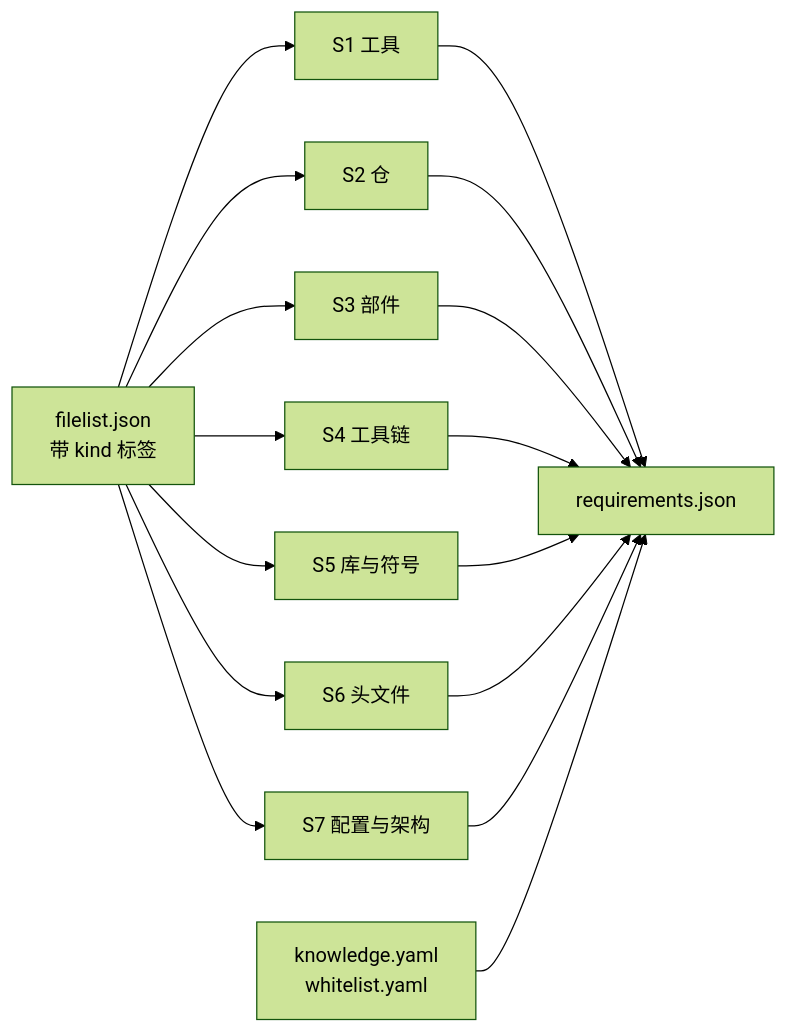
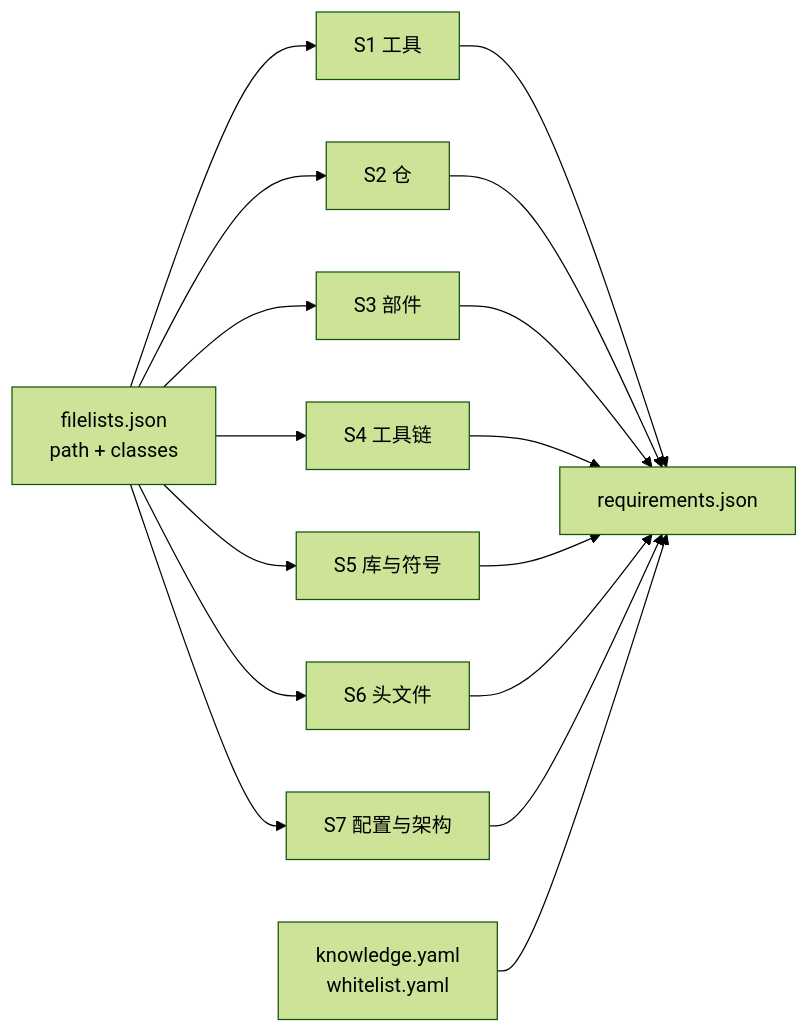
One commit to x-yy-x/tool_realization changed the fourth of 4 diagrams in docs/02-流水线与关.md. Above: the diagram before and after it, drawn with Mermaid (forest theme). The commit also changed other lines of this file and 21 other files, not shown here.

First line of the commit message:
L1 扫描层：源码树 → filelists.json（8 大类 → S1–S7）

````diff
--- a/docs/02-流水线与关.md
+++ b/docs/02-流水线与关.md
@@ -750,18 +750,18 @@
 ```mermaid
 flowchart LR
-    F["filelist.json<br/>带 kind 标签"] --> S1["S1 工具"]
+    F["filelists.json<br/>path + classes"] --> S1["S1 工具"]
     F --> S2["S2 仓"]
     F --> S3["S3 部件"]
     F --> S4["S4 工具链"]
     F --> S5["S5 库与符号"]
     F --> S6["S6 头文件"]
     F --> S7["S7 配置与架构"]
     S1 --> R["requirements.json"]
     S2 --> R
     S3 --> R
     S4 --> R
     S5 --> R
     S6 --> R
     S7 --> R
     K["knowledge.yaml<br/>whitelist.yaml"] --> R
 ```
````
